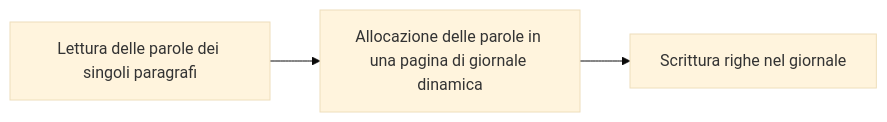
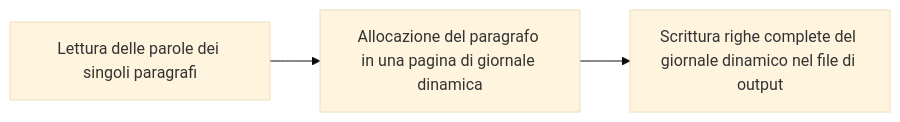
One commit to i0nut02/Make_Newspaper changed the diagram in README.md. Above: the diagram before and after it, drawn with Mermaid (base theme). The commit also changed other lines of this file, not shown here.

````diff
--- a/README.md
+++ b/README.md
@@ -14,5 +14,5 @@
 ```mermaid
 graph LR
-A[Lettura delle parole dei singoli paragrafi] --> B[Allocazione delle parole in una pagina di giornale dinamica]
-B --> D[Scrittura righe nel giornale]
+A[Lettura delle parole dei singoli paragrafi] --> B[Allocazione del paragrafo in una pagina di giornale dinamica]
+B --> D[Scrittura righe complete del giornale dinamico nel file di output]
 ```
````
